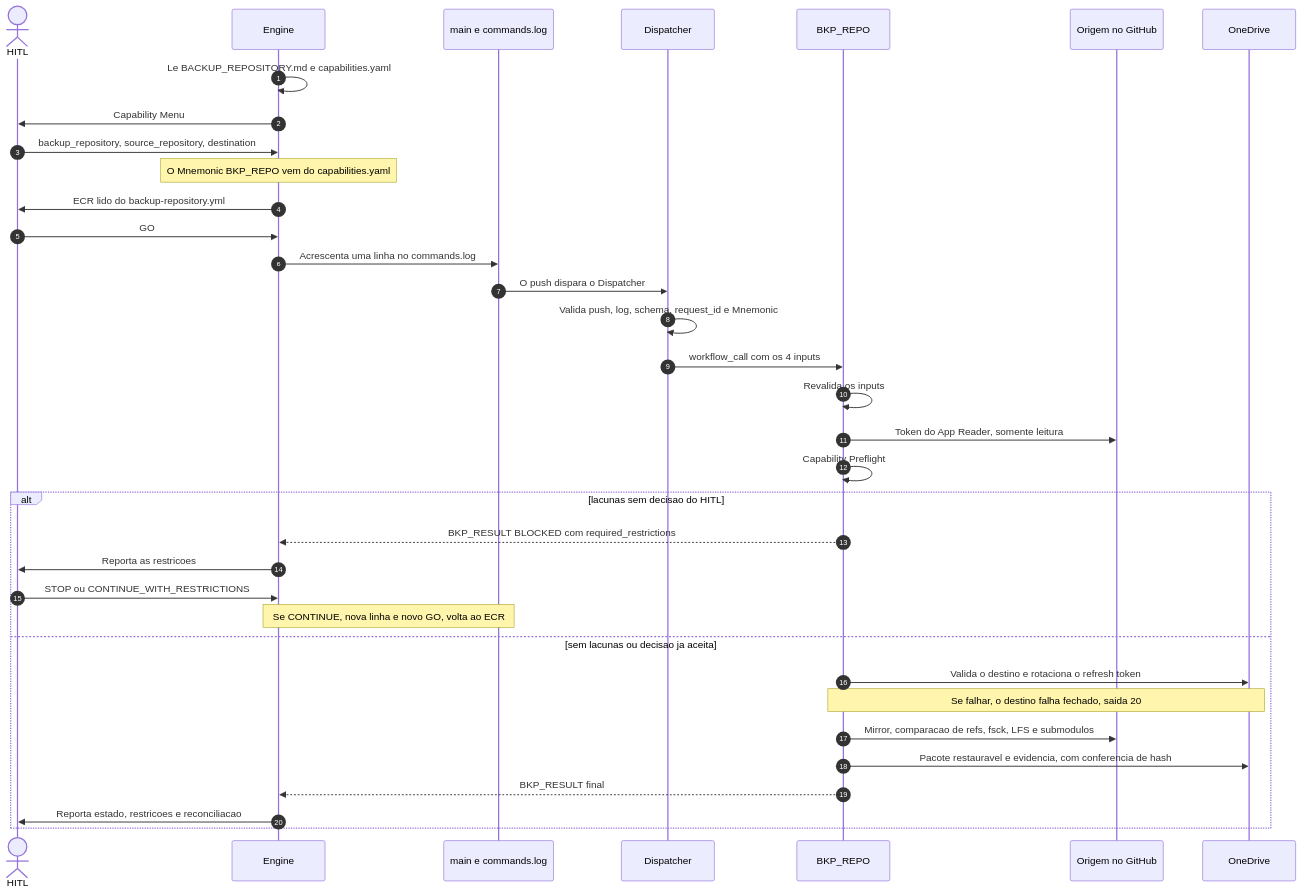
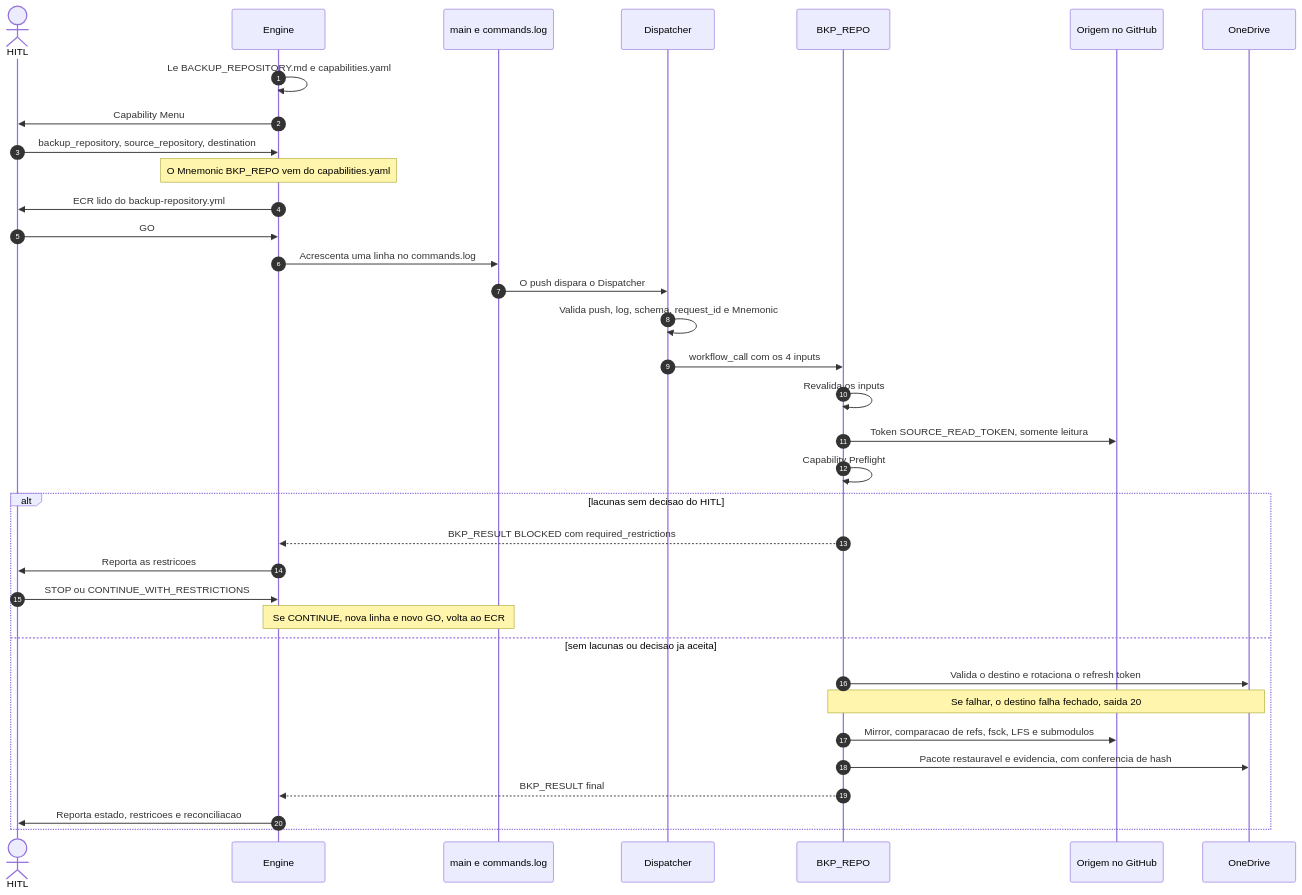
Before and after one commit to Moriblo/repo_backup: the diagram in BACKUP_REPOSITORY.md, drawn with Mermaid. The commit also changed other lines of this file and 4 other files, not shown here.

First line of the commit message:
SA-08: adapta ao setup real (environment onedrive-backup, SOURCE_READ_TOKEN, Writer opcional)

````diff
--- a/BACKUP_REPOSITORY.md
+++ b/BACKUP_REPOSITORY.md
@@ -274,38 +271,38 @@
 ```mermaid
 sequenceDiagram
     autonumber
     actor HITL
     participant Engine
     participant Main as main e commands.log
     participant Disp as Dispatcher
     participant BKP as BKP_REPO
     participant Src as Origem no GitHub
     participant OD as OneDrive
 
     Engine->>Engine: Le BACKUP_REPOSITORY.md e capabilities.yaml
     Engine->>HITL: Capability Menu
     HITL->>Engine: backup_repository, source_repository, destination
     Note over Engine: O Mnemonic BKP_REPO vem do capabilities.yaml
     Engine->>HITL: ECR lido do backup-repository.yml
     HITL->>Engine: GO
     Engine->>Main: Acrescenta uma linha no commands.log
     Main->>Disp: O push dispara o Dispatcher
     Disp->>Disp: Valida push, log, schema, request_id e Mnemonic
     Disp->>BKP: workflow_call com os 4 inputs
     BKP->>BKP: Revalida os inputs
-    BKP->>Src: Token do App Reader, somente leitura
+    BKP->>Src: Token SOURCE_READ_TOKEN, somente leitura
     BKP->>BKP: Capability Preflight
     alt lacunas sem decisao do HITL
         BKP-->>Engine: BKP_RESULT BLOCKED com required_restrictions
         Engine->>HITL: Reporta as restricoes
         HITL->>Engine: STOP ou CONTINUE_WITH_RESTRICTIONS
         Note over Engine,Main: Se CONTINUE, nova linha e novo GO, volta ao ECR
     else sem lacunas ou decisao ja aceita
         BKP->>OD: Valida o destino e rotaciona o refresh token
         Note over BKP,OD: Se falhar, o destino falha fechado, saida 20
         BKP->>Src: Mirror, comparacao de refs, fsck, LFS e submodulos
         BKP->>OD: Pacote restauravel e evidencia, com conferencia de hash
         BKP-->>Engine: BKP_RESULT final
         Engine->>HITL: Reporta estado, restricoes e reconciliacao
     end
 ```
````
